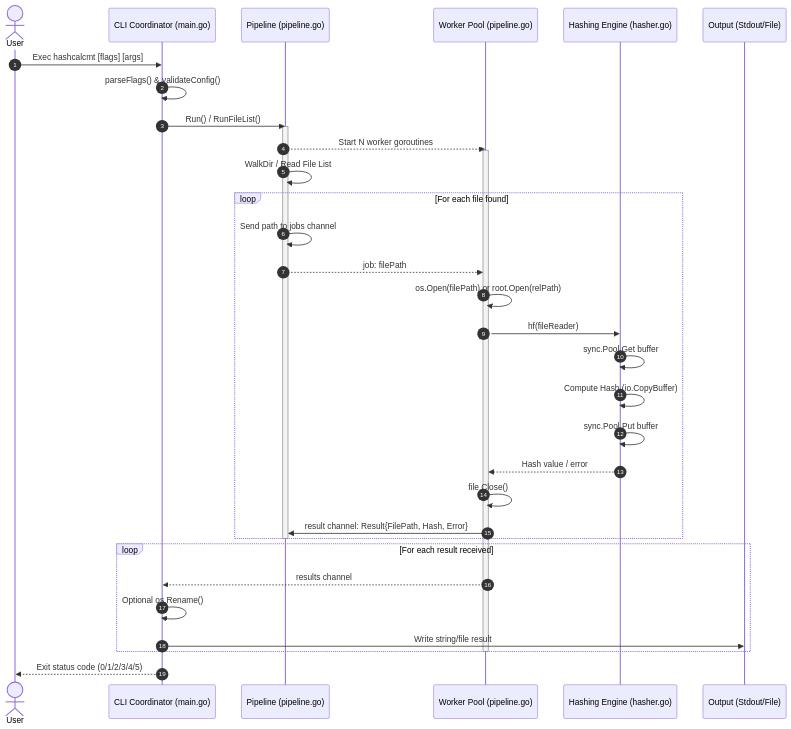
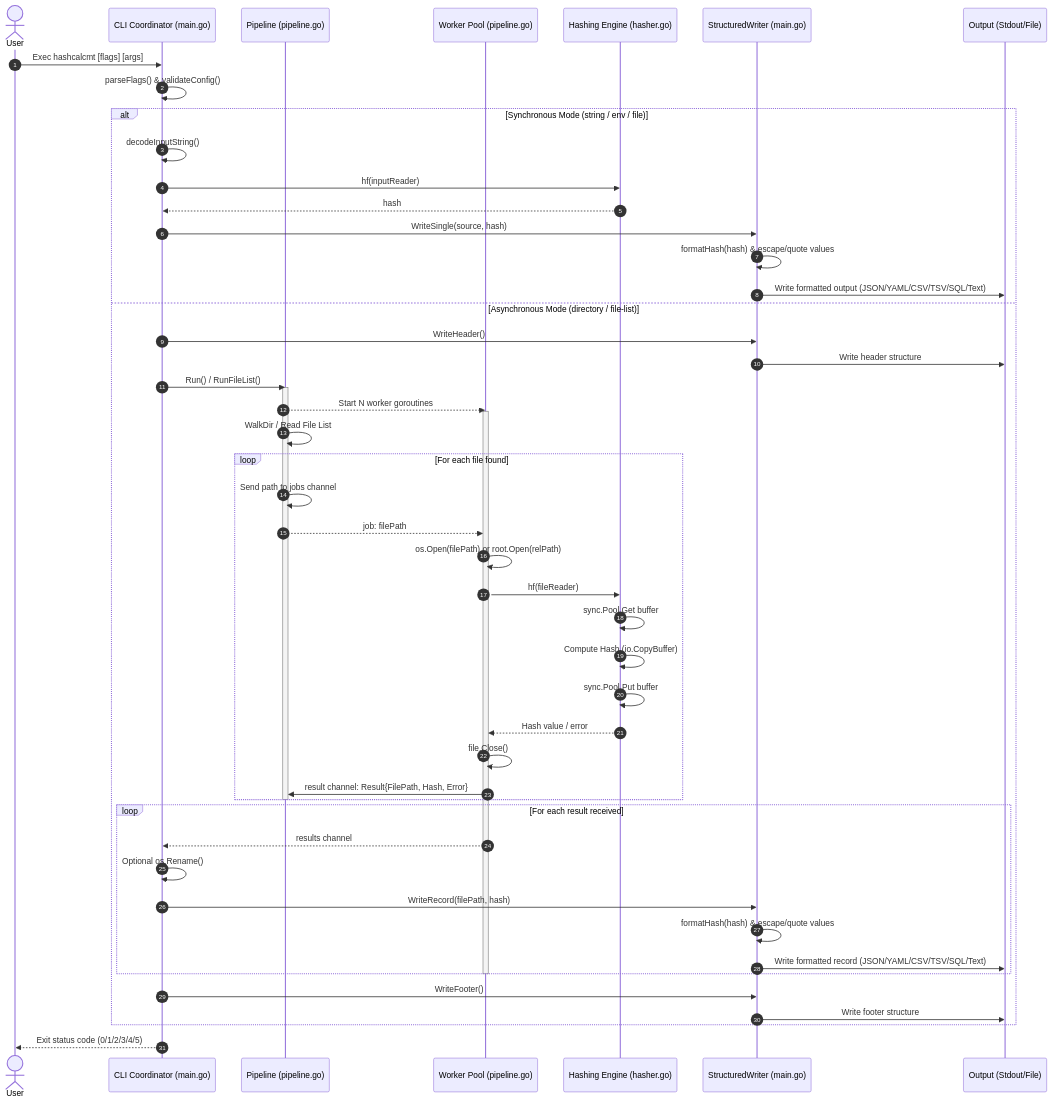
The second of 2 diagrams in README.md (edsilegxrepo/hashcalcmt), drawn with Mermaid before and after one commit. The commit also changed other lines of this file and 1 other file, not shown here.

````diff
--- a/README.md
+++ b/README.md
@@ -63,38 +64,54 @@
 ```mermaid
 sequenceDiagram
     autonumber
     actor User
     participant Main as CLI Coordinator (main.go)
     participant Pipe as Pipeline (pipeline.go)
     participant Worker as Worker Pool (pipeline.go)
     participant Engine as Hashing Engine (hasher.go)
+    participant SW as StructuredWriter (main.go)
     participant Out as Output (Stdout/File)
 
     User->>Main: Exec hashcalcmt [flags] [args]
     Main->>Main: parseFlags() & validateConfig()
-    Main->>Pipe: Run() / RunFileList()
-    activate Pipe
-    Pipe-->>Worker: Start N worker goroutines
-    activate Worker
-    Pipe->>Pipe: WalkDir / Read File List
-    loop For each file found
-        Pipe->>Pipe: Send path to jobs channel
-        Pipe-->>Worker: job: filePath
-        Worker->>Worker: os.Open(filePath) or root.Open(relPath)
-        Worker->>Engine: hf(fileReader)
-        Engine->>Engine: sync.Pool Get buffer
-        Engine->>Engine: Compute Hash (io.CopyBuffer)
-        Engine->>Engine: sync.Pool Put buffer
-        Engine-->>Worker: Hash value / error
-        Worker->>Worker: file.Close()
-        Worker->>Pipe: result channel: Result{FilePath, Hash, Error}
+    alt Synchronous Mode (string / env / file)
+        Main->>Main: decodeInputString()
+        Main->>Engine: hf(inputReader)
+        Engine-->>Main: hash
+        Main->>SW: WriteSingle(source, hash)
+        SW->>SW: formatHash(hash) & escape/quote values
+        SW->>Out: Write formatted output (JSON/YAML/CSV/TSV/SQL/Text)
+    else Asynchronous Mode (directory / file-list)
+        Main->>SW: WriteHeader()
+        SW->>Out: Write header structure
+        Main->>Pipe: Run() / RunFileList()
+        activate Pipe
+        Pipe-->>Worker: Start N worker goroutines
+        activate Worker
+        Pipe->>Pipe: WalkDir / Read File List
+        loop For each file found
+            Pipe->>Pipe: Send path to jobs channel
+            Pipe-->>Worker: job: filePath
+            Worker->>Worker: os.Open(filePath) or root.Open(relPath)
+            Worker->>Engine: hf(fileReader)
+            Engine->>Engine: sync.Pool Get buffer
+            Engine->>Engine: Compute Hash (io.CopyBuffer)
+            Engine->>Engine: sync.Pool Put buffer
+            Engine-->>Worker: Hash value / error
+            Worker->>Worker: file.Close()
+            Worker->>Pipe: result channel: Result{FilePath, Hash, Error}
+        end
+        deactivate Pipe
+        loop For each result received
+            Worker-->>Main: results channel
+            Main->>Main: Optional os.Rename()
+            Main->>SW: WriteRecord(filePath, hash)
+            SW->>SW: formatHash(hash) & escape/quote values
+            SW->>Out: Write formatted record (JSON/YAML/CSV/TSV/SQL/Text)
+        end
+        deactivate Worker
+        Main->>SW: WriteFooter()
+        SW->>Out: Write footer structure
     end
-    deactivate Pipe
-    loop For each result received
-        Worker-->>Main: results channel
-        Main->>Main: Optional os.Rename()
-        Main->>Out: Write string/file result
-    end
-    deactivate Worker
     Main-->>User: Exit status code (0/1/2/3/4/5)
 ```
````
